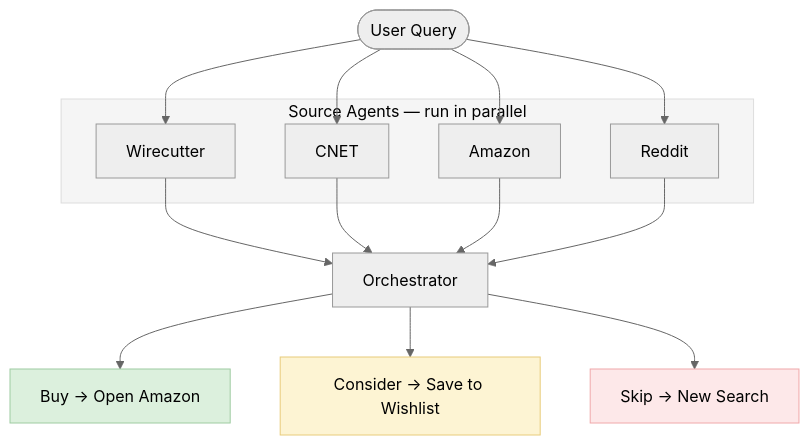
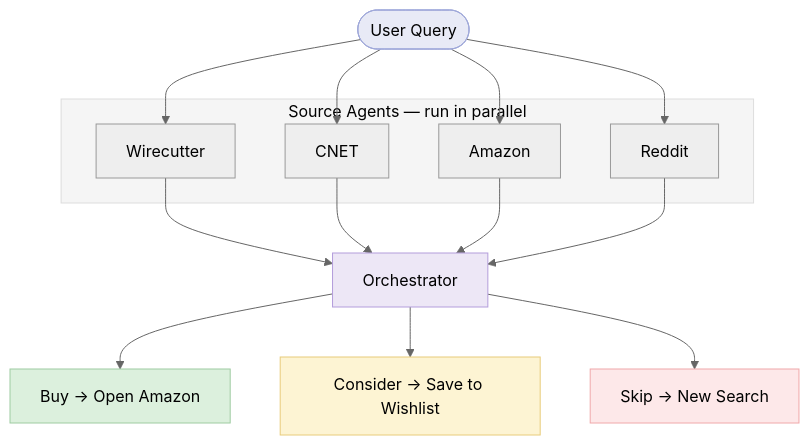
One commit to neil-mithipati/signal changed the diagram in README.md. Above: the diagram before and after it, drawn with Mermaid (neutral theme). The commit also changed other lines of this file, not shown here.

Commit message:
Tighten README: concise problem/solution, tradeoffs table, clear What I Learned placeholder, richer diagram styling

````diff
--- a/README.md
+++ b/README.md
@@ -115,23 +73,25 @@
 ```mermaid
 flowchart TD
     Q([User Query])
 
     subgraph agents[Source Agents — run in parallel]
         W[Wirecutter]
         C[CNET]
         A[Amazon]
         R[Reddit]
     end
 
     Q --> W & C & A & R
     W & C & A & R --> O[Orchestrator]
 
     O --> B[Buy → Open Amazon]
     O --> Co[Consider → Save to Wishlist]
     O --> S[Skip → New Search]
 
+    style Q fill:#e8eaf6,stroke:#9fa8da,color:#000
+    style O fill:#ede7f6,stroke:#b39ddb,color:#000
     style agents fill:#f5f5f5,stroke:#ddd,color:#000
     style B fill:#dcf0dd,stroke:#9ecba1,color:#000
     style Co fill:#fdf4d3,stroke:#e8cb7a,color:#000
     style S fill:#fde8e9,stroke:#f0a8aa,color:#000
 ```
````
